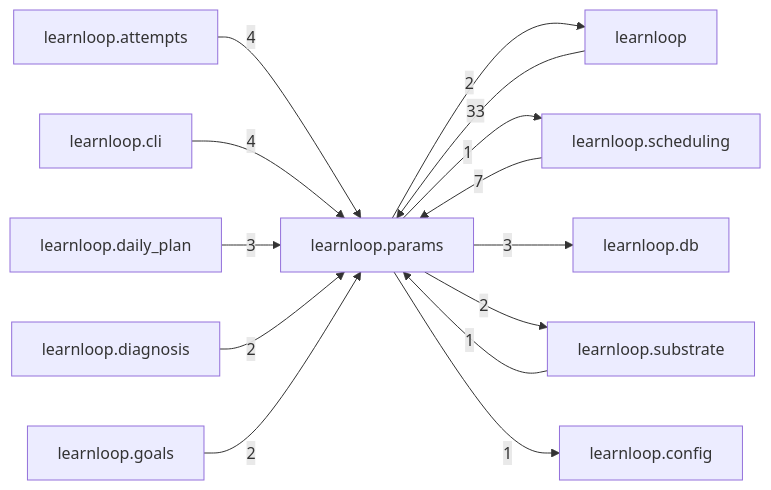
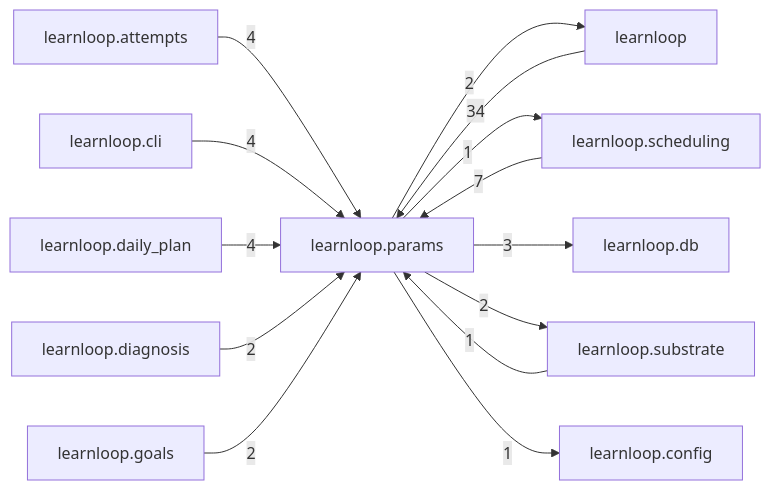
Before and after one commit to 6up-b/learnanything: the diagram in docs/learnloop-architecture-vault/Reference/Modules/learnloop/params/_package.md, drawn with Mermaid. The commit also changed other lines of this file and 585 other files, not shown here.

First line of the commit message:
RO4 (5): specs amended (§13: action router §7.3, the R2 plan §3.3, daily loop §6.8, frictionless P1a, AD §8.2; §8.11 as built), the stage record, references regenerated

````diff
--- a/docs/learnloop-architecture-vault/Reference/Modules/learnloop/params/_package.md
+++ b/docs/learnloop-architecture-vault/Reference/Modules/learnloop/params/_package.md
@@ -90,27 +90,27 @@
 ```mermaid
 flowchart LR
     center["learnloop.params"]
     n_learnloop["learnloop"]
     n_learnloop_scheduling["learnloop.scheduling"]
     n_learnloop_attempts["learnloop.attempts"]
     n_learnloop_cli["learnloop.cli"]
     n_learnloop_daily_plan["learnloop.daily_plan"]
     n_learnloop_db["learnloop.db"]
     n_learnloop_substrate["learnloop.substrate"]
     n_learnloop_diagnosis["learnloop.diagnosis"]
     n_learnloop_goals["learnloop.goals"]
     n_learnloop_config["learnloop.config"]
-    n_learnloop -->|33| center
+    n_learnloop -->|34| center
     center -->|2| n_learnloop
     n_learnloop_scheduling -->|7| center
     center -->|1| n_learnloop_scheduling
     n_learnloop_attempts -->|4| center
     n_learnloop_cli -->|4| center
-    n_learnloop_daily_plan -->|3| center
+    n_learnloop_daily_plan -->|4| center
     center -->|3| n_learnloop_db
     n_learnloop_substrate -->|1| center
     center -->|2| n_learnloop_substrate
     n_learnloop_diagnosis -->|2| center
     n_learnloop_goals -->|2| center
     center -->|1| n_learnloop_config
 ```
````
